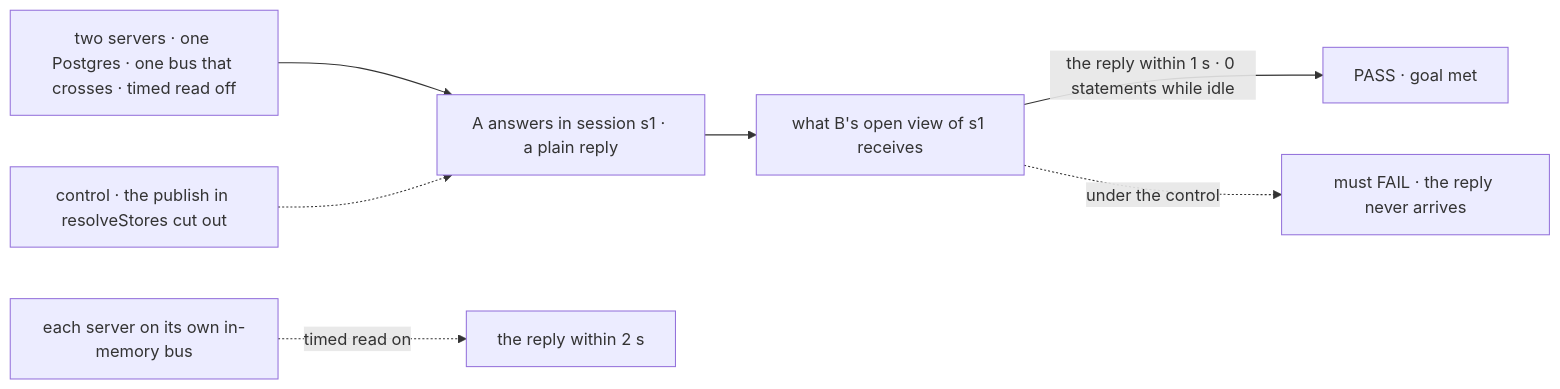
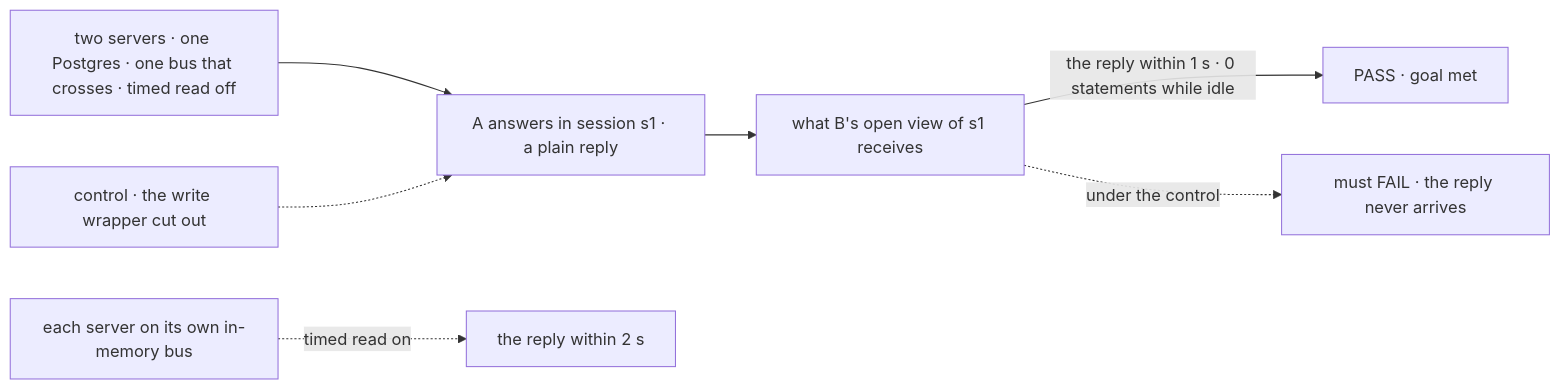
The diagram in specs/issues/FIX-2426/SPEC.md (fixpoint-labs/flow-state-dev), drawn with Mermaid before and after one commit. The commit also changed other lines of this file and 11 other files, not shown here.

````diff
--- a/specs/issues/FIX-2426/SPEC.md
+++ b/specs/issues/FIX-2426/SPEC.md
@@ -28,9 +28,9 @@
 ```mermaid
 flowchart LR
   A["two servers · one Postgres · one bus that crosses · timed read off"] --> W["A answers in session s1 · a plain reply"]
   W --> V["what B's open view of s1 receives"]
   V -->|"the reply within 1 s · 0 statements while idle"| P["PASS · goal met"]
   F["each server on its own in-memory bus"] -.->|"timed read on"| V2["the reply within 2 s"]
-  C["control · the publish in resolveStores cut out"] -.-> W
+  C["control · the write wrapper cut out"] -.-> W
   V -.->|"under the control"| X["must FAIL · the reply never arrives"]
 ```
````
